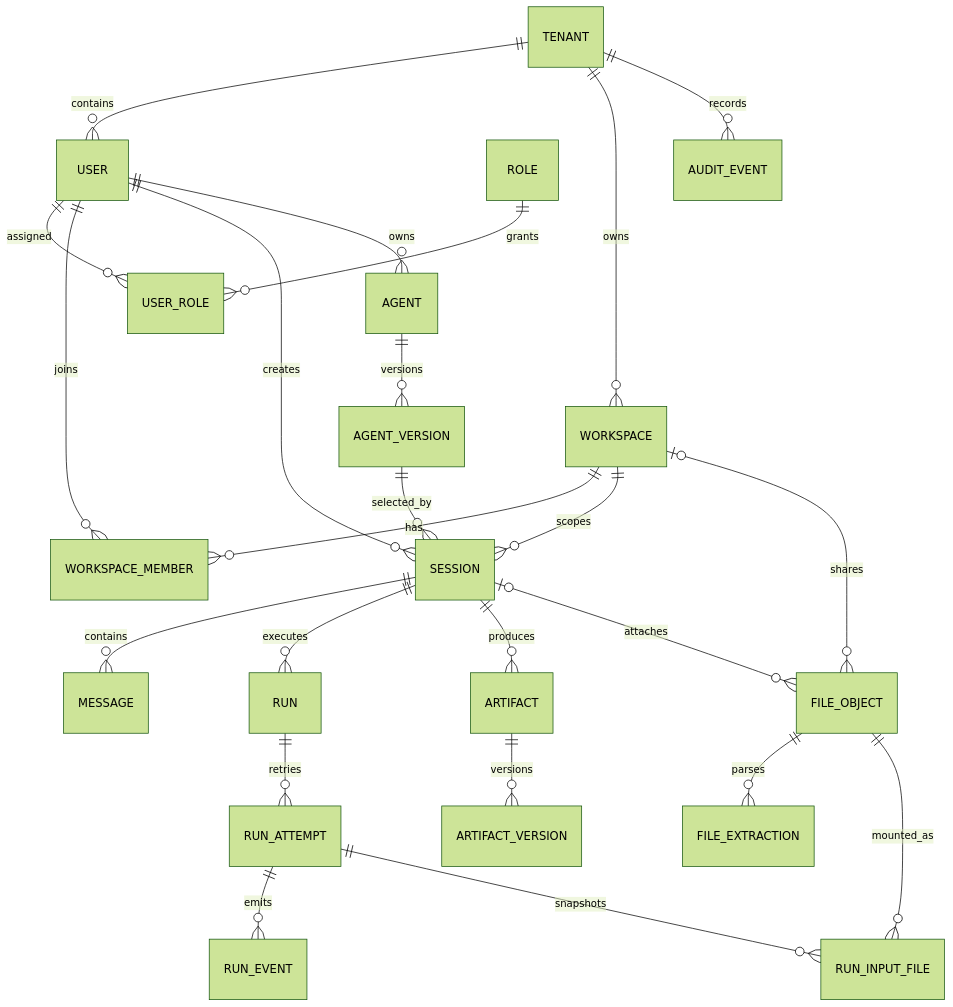
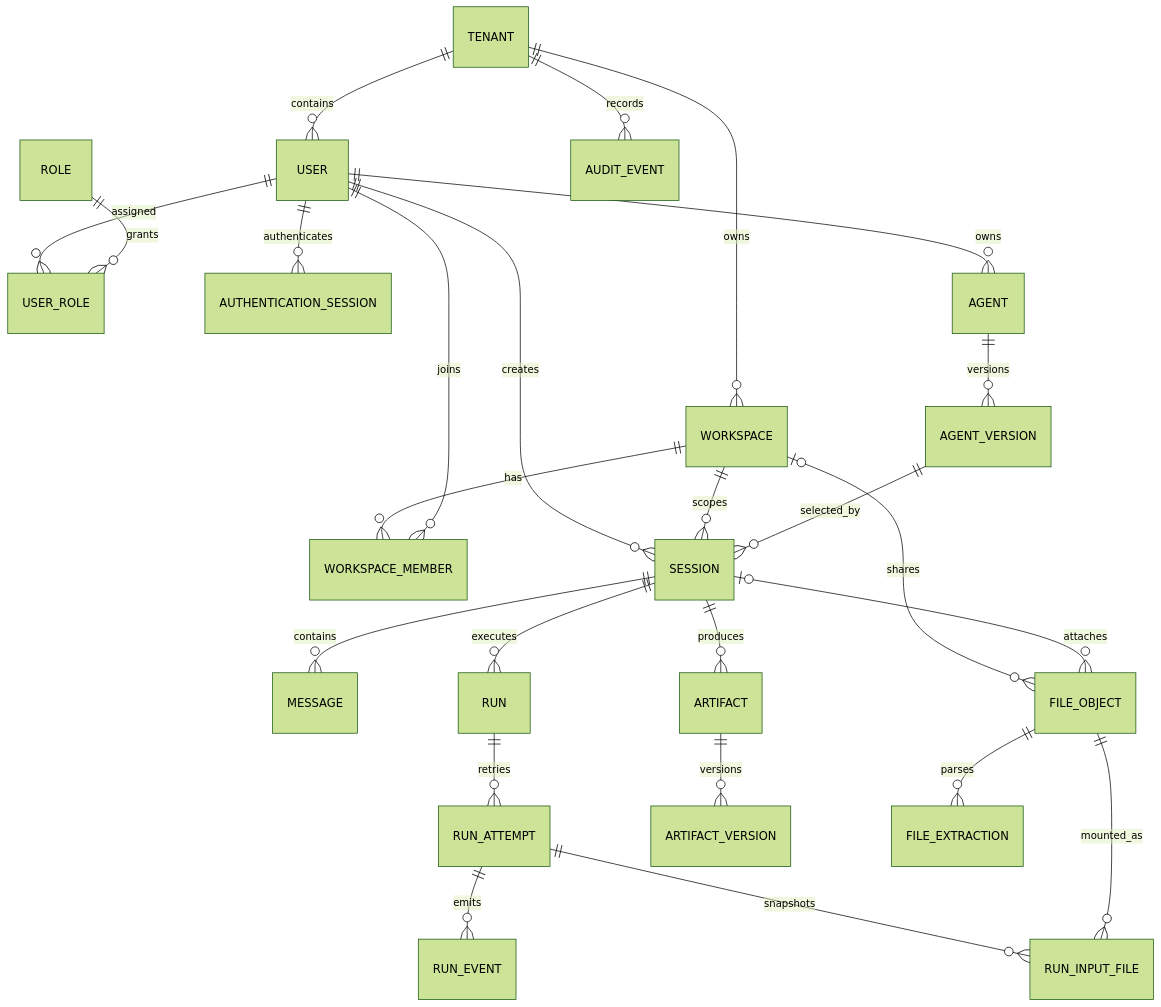
One commit to tonycc/dsh-work changed the diagram in docs/data-model.md. Above: the diagram before and after it, drawn with Mermaid (forest theme). The commit also changed other lines of this file and 98 other files, not shown here.

````diff
--- a/docs/data-model.md
+++ b/docs/data-model.md
@@ -18,26 +18,27 @@
 ```mermaid
 erDiagram
   TENANT ||--o{ USER : contains
   USER ||--o{ USER_ROLE : assigned
+  USER ||--o{ AUTHENTICATION_SESSION : authenticates
   ROLE ||--o{ USER_ROLE : grants
   TENANT ||--o{ WORKSPACE : owns
   WORKSPACE ||--o{ WORKSPACE_MEMBER : has
   USER ||--o{ WORKSPACE_MEMBER : joins
   USER ||--o{ SESSION : creates
   WORKSPACE ||--o{ SESSION : scopes
   AGENT ||--o{ AGENT_VERSION : versions
   USER ||--o{ AGENT : owns
   AGENT_VERSION ||--o{ SESSION : selected_by
   SESSION ||--o{ MESSAGE : contains
   SESSION ||--o{ RUN : executes
   RUN ||--o{ RUN_ATTEMPT : retries
   RUN_ATTEMPT ||--o{ RUN_EVENT : emits
   SESSION ||--o{ ARTIFACT : produces
   ARTIFACT ||--o{ ARTIFACT_VERSION : versions
   WORKSPACE o|--o{ FILE_OBJECT : shares
   SESSION o|--o{ FILE_OBJECT : attaches
   FILE_OBJECT ||--o{ FILE_EXTRACTION : parses
   RUN_ATTEMPT ||--o{ RUN_INPUT_FILE : snapshots
   FILE_OBJECT ||--o{ RUN_INPUT_FILE : mounted_as
   TENANT ||--o{ AUDIT_EVENT : records
 ```
````
